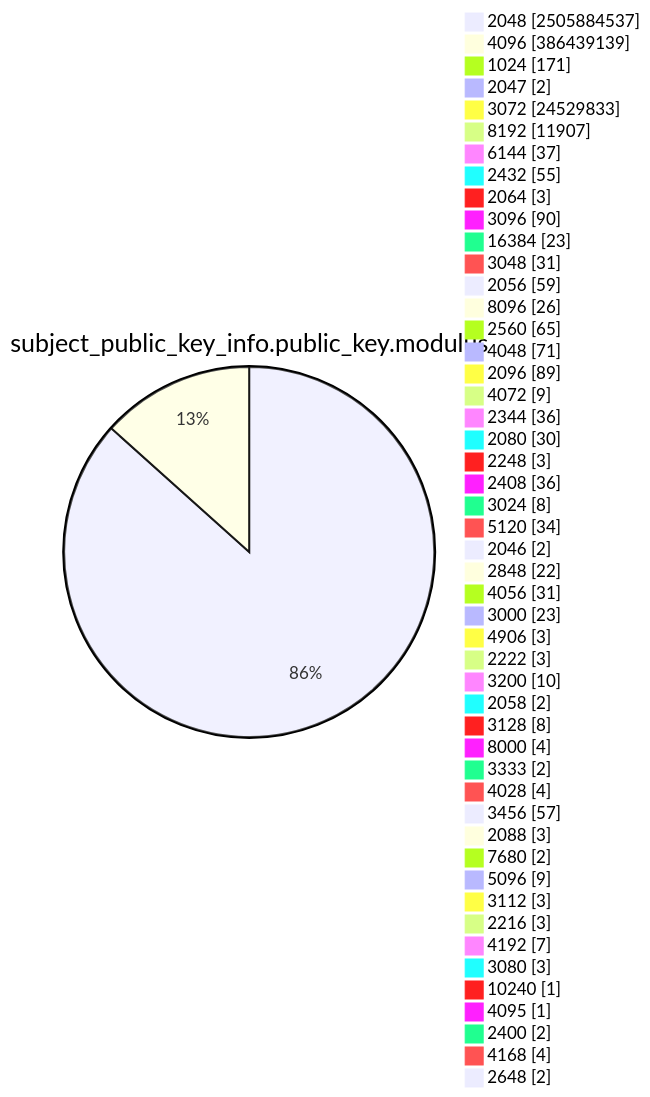
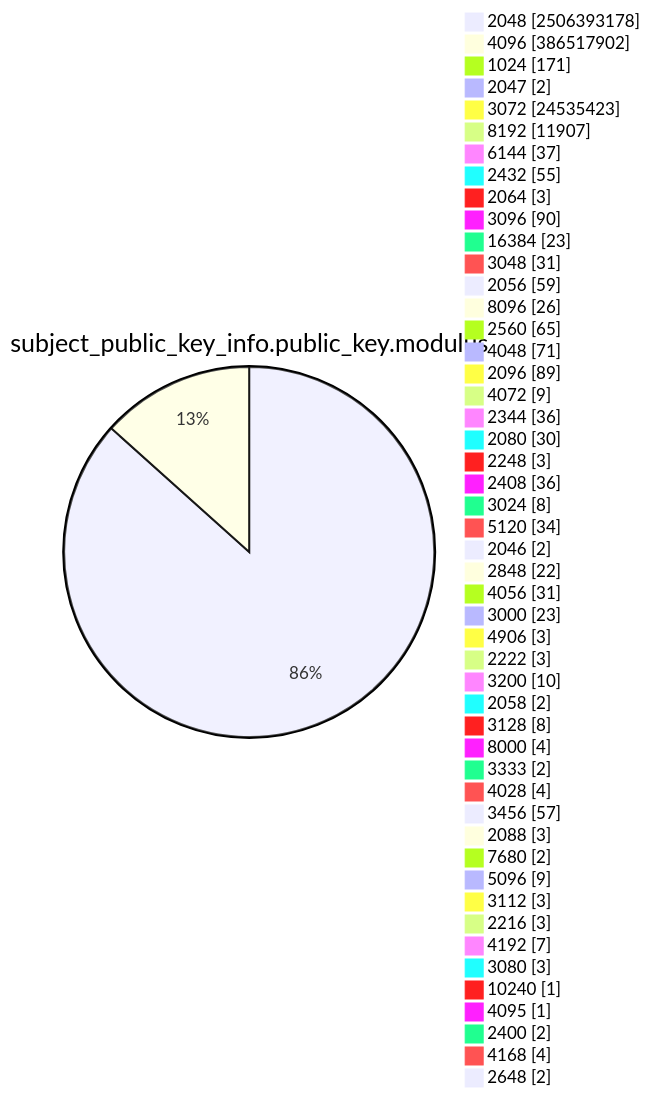
One commit to christiankrug/ctmonitor_visualization changed diagram 13 of 15 in TOTAL/README.md. Above: the diagram before and after it, drawn with Mermaid. The commit also changed other lines of this file, not shown here.

````diff
--- a/TOTAL/README.md
+++ b/TOTAL/README.md
@@ -4169,53 +4169,53 @@
 ```mermaid
 pie showData
 title subject_public_key_info.public_key.modulus
-"2048" :2505884537
-"4096" :386439139
+"2048" :2506393178
+"4096" :386517902
 "1024" :171
 "2047" :2
-"3072" :24529833
+"3072" :24535423
 "8192" :11907
 "6144" :37
 "2432" :55
 "2064" :3
 "3096" :90
 "16384" :23
 "3048" :31
 "2056" :59
 "8096" :26
 "2560" :65
 "4048" :71
 "2096" :89
 "4072" :9
 "2344" :36
 "2080" :30
 "2248" :3
 "2408" :36
 "3024" :8
 "5120" :34
 "2046" :2
 "2848" :22
 "4056" :31
 "3000" :23
 "4906" :3
 "2222" :3
 "3200" :10
 "2058" :2
 "3128" :8
 "8000" :4
 "3333" :2
 "4028" :4
 "3456" :57
 "2088" :3
 "7680" :2
 "5096" :9
 "3112" :3
 "2216" :3
 "4192" :7
 "3080" :3
 "10240" :1
 "4095" :1
 "2400" :2
 "4168" :4
 "2648" :2
 ```
````
